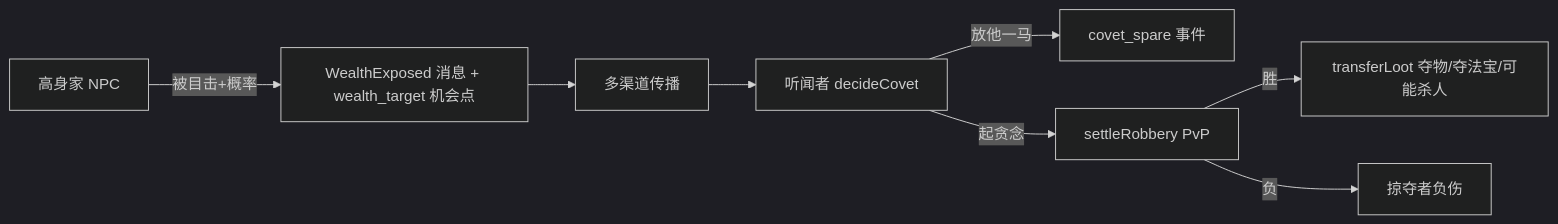
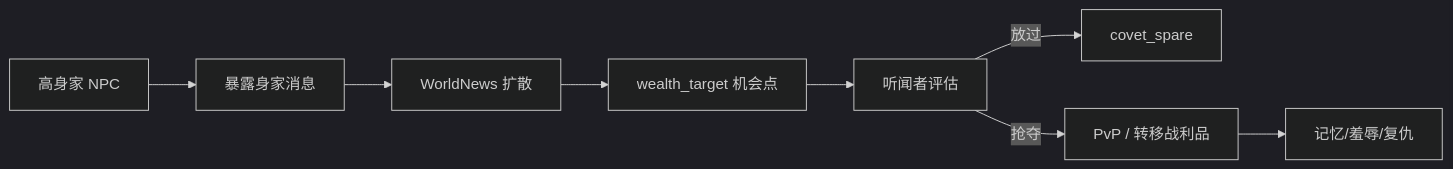
The diagram in docs/systems/item-covet.md (1656970772/CultivationWorld), drawn with Mermaid (dark theme) before and after one commit. The commit also changed other lines of this file and 321 other files, not shown here.

````diff
--- a/docs/systems/item-covet.md
+++ b/docs/systems/item-covet.md
@@ -26,10 +39,10 @@
 ```mermaid
 flowchart LR
-  A[高身家 NPC] -->|被目击+概率| B[WealthExposed 消息 + wealth_target 机会点]
-  B --> C[多渠道传播]
-  C --> D[听闻者 decideCovet]
-  D -->|放他一马| E[covet_spare 事件]
-  D -->|起贪念| F[settleRobbery PvP]
-  F -->|胜| G[transferLoot 夺物/夺法宝/可能杀人]
-  F -->|负| H[掠夺者负伤]
+  A["高身家 NPC"] --> B["暴露身家消息"]
+  B --> C["WorldNews 扩散"]
+  C --> D["wealth_target 机会点"]
+  D --> E["听闻者评估"]
+  E -->|放过| F["covet_spare"]
+  E -->|抢夺| G["PvP / 转移战利品"]
+  G --> H["记忆/羞辱/复仇"]
 ```
````
